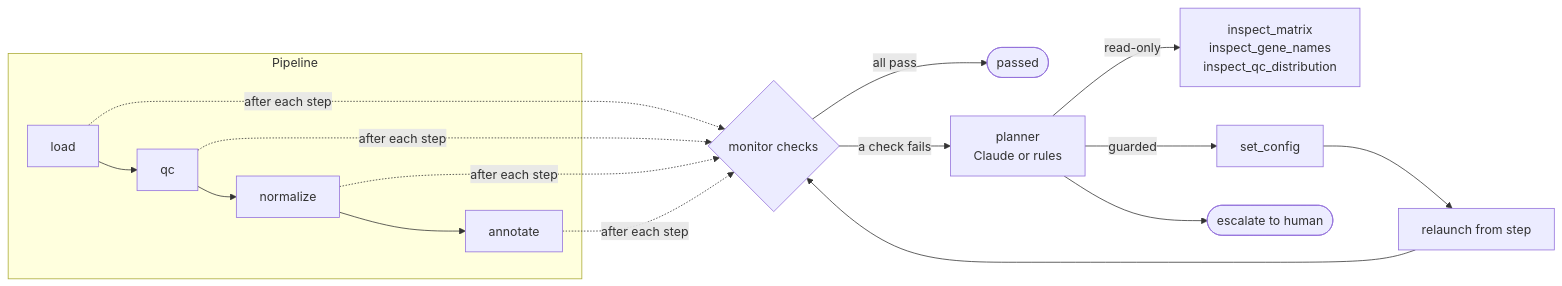
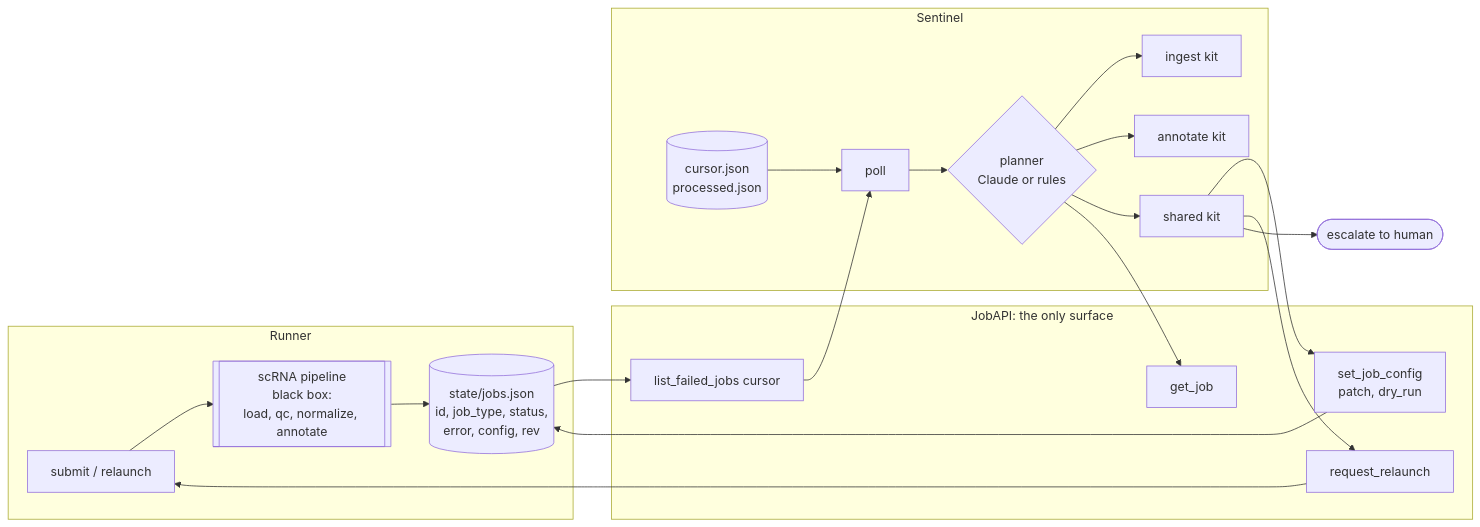
Before and after one commit to martin-valny/Valny-showcase: the diagram in README.md, drawn with Mermaid. The commit also changed other lines of this file and 3 other files, not shown here.

Commit message:
Docs and CI: README architecture and job-type x tools matrix, walkthrough

````diff
--- a/README.md
+++ b/README.md
@@ -38,13 +19,25 @@
 ```mermaid
 flowchart LR
-    subgraph Pipeline
-      L[load] --> Q[qc] --> N[normalize] --> A[annotate]
+    subgraph Runner
+      S[submit / relaunch] --> P[[scRNA pipeline<br/>black box:<br/>load, qc, normalize, annotate]]
+      P --> J[(state/jobs.json<br/>id, job_type, status,<br/>error, config, rev)]
     end
-    L & Q & N & A -. after each step .-> M{monitor checks}
-    M -- all pass --> Done([passed])
-    M -- a check fails --> P[planner<br/>Claude or rules]
-    P -->|read-only| I[inspect_matrix<br/>inspect_gene_names<br/>inspect_qc_distribution]
-    P -->|guarded| S[set_config] --> R[relaunch from step]
-    R --> M
-    P --> E([escalate to human])
+    subgraph API[JobAPI: the only surface]
+      L[list_failed_jobs cursor]
+      G[get_job]
+      W[set_job_config<br/>patch, dry_run]
+      R[request_relaunch]
+    end
+    subgraph Sentinel
+      C[(cursor.json<br/>processed.json)] --> Q[poll]
+      Q --> PL{planner<br/>Claude or rules}
+      PL --> K1[ingest kit]
+      PL --> K2[annotate kit]
+      PL --> SH[shared kit]
+    end
+    J --> L --> Q
+    PL --> G
+    SH --> W --> J
+    SH --> R --> S
+    SH --> E([escalate to human])
 ```
````
